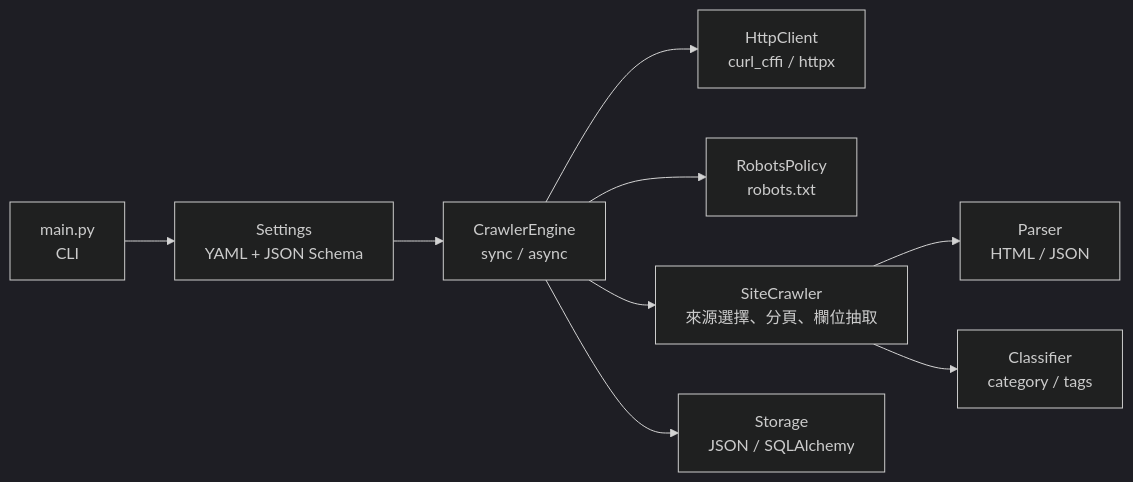
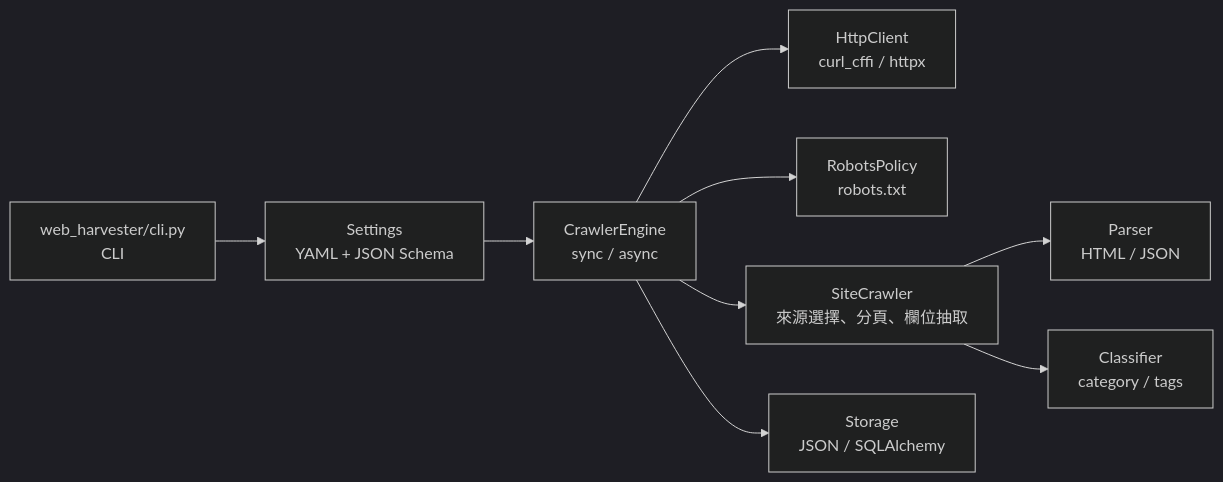
One commit to victor-900603/web-harvester changed the diagram in README.md. Above: the diagram before and after it, drawn with Mermaid (dark theme). The commit also changed other lines of this file and 4 other files, not shown here.

````diff
--- a/README.md
+++ b/README.md
@@ -62,11 +70,11 @@
 ```mermaid
 flowchart LR
-    CLI["main.py<br/>CLI"] --> CFG["Settings<br/>YAML + JSON Schema"]
+    CLI["web_harvester/cli.py<br/>CLI"] --> CFG["Settings<br/>YAML + JSON Schema"]
     CFG --> ENGINE["CrawlerEngine<br/>sync / async"]
     ENGINE --> HTTP["HttpClient<br/>curl_cffi / httpx"]
     ENGINE --> ROBOTS["RobotsPolicy<br/>robots.txt"]
     ENGINE --> CRAWLER["SiteCrawler<br/>來源選擇、分頁、欄位抽取"]
     CRAWLER --> PARSER["Parser<br/>HTML / JSON"]
     CRAWLER --> CLS["Classifier<br/>category / tags"]
     ENGINE --> STORE["Storage<br/>JSON / SQLAlchemy"]
 ```
````
